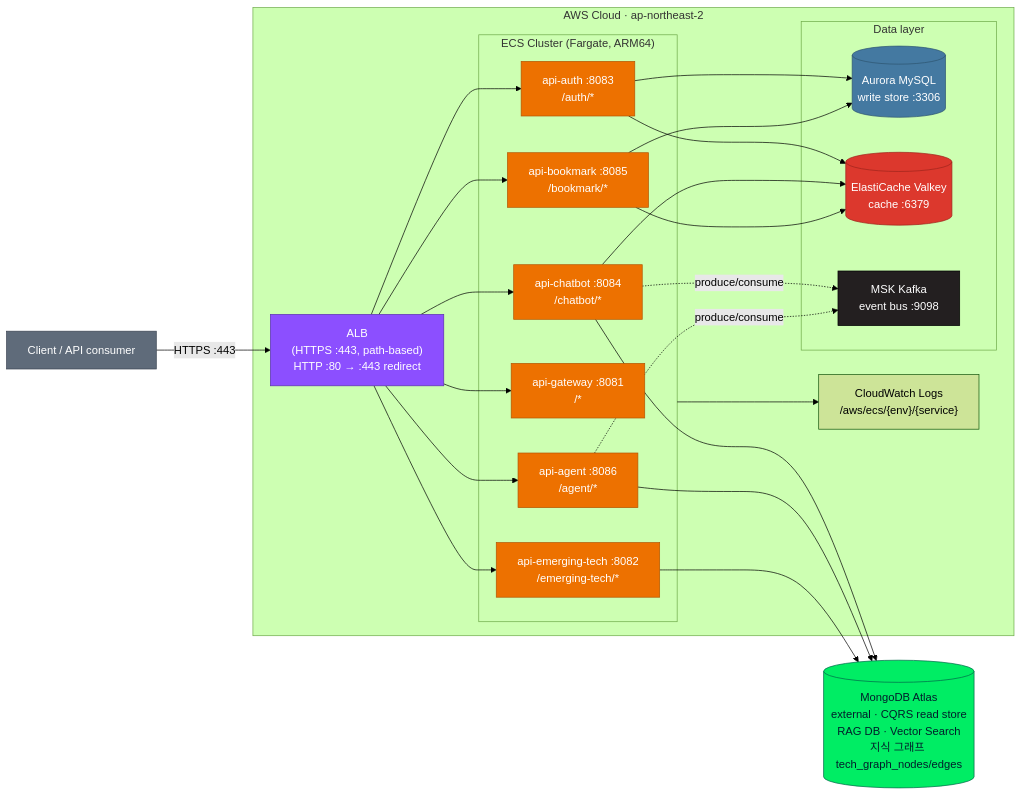
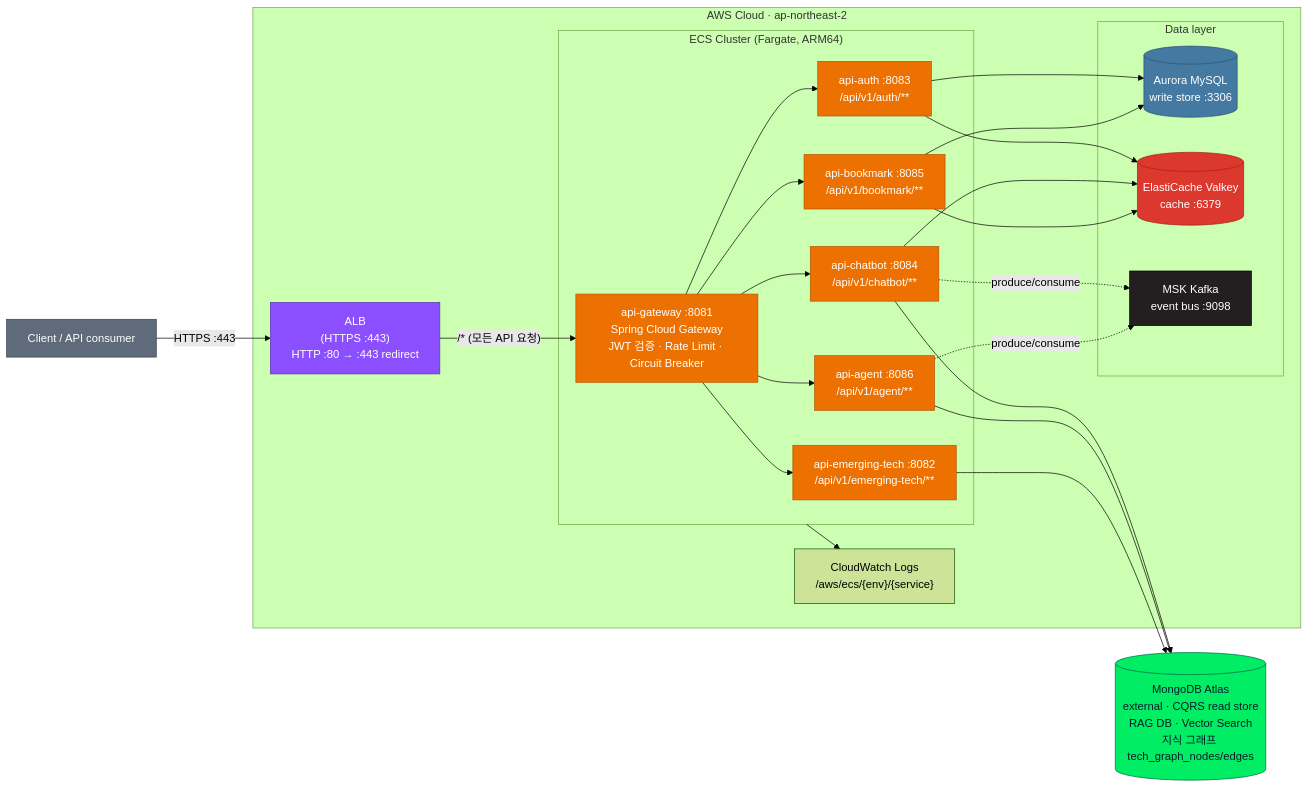
The diagram in README.md (thswlsqls/tech-n-ai-backend), drawn with Mermaid (forest theme) before and after one commit. The commit also changed other lines of this file and 1 other file, not shown here.

Commit message:
docs : [main] 아키텍처 다이어그램을 ALB → api-gateway → 서비스 흐름으로 고친다
README 서두와 다이어그램이 요청 흐름을 서로 다르게 설명하고 있었다.
글은 외부 요청이 API Gateway를 거친다고 했지만, 그림은 ALB가 서비스 6개로
직접 나눠 보내는 것처럼 그려져 있었다.

실제 서비스 주소는 /api/v1/ 로 시작해서 ALB의 서비스별 규칙(/auth/* 등)에
맞지 않는다. 그래서 API 요청은 모두 /* 규칙으로 api-gateway에 들어간다.
그림을 이 흐름대로 고치고, 서비스 라벨을 실제 경로로 바꿨다. 서두 문장에는
api-gateway 모듈 이름을 적었다.

게이트웨이에서 서비스로 가는 연결은 현재 Terraform으로는 AWS에서 아직
동작하지 않는다. 서비스 주소를 찾는 설정과 보안 그룹 규칙이 없고, 라우트
포트(8080)도 실제 포트와 다르다. GitHub 화면에 보이지 않는 mermaid 주석이
아니라 본문에 이 사실을 적었다. README가 원본으로 가리키는
devops/aws/mermaid/architecture.md도 같은 내용으로 맞췄다.

````diff
--- a/README.md
+++ b/README.md
@@ -96,67 +98,70 @@
 ```mermaid
 flowchart LR
     client["Client / API consumer"]
 
     subgraph aws["AWS Cloud · ap-northeast-2"]
-        alb["ALB<br/>(HTTPS :443, path-based)<br/>HTTP :80 → :443 redirect"]
+        alb["ALB<br/>(HTTPS :443)<br/>HTTP :80 → :443 redirect"]
 
         subgraph ecs["ECS Cluster (Fargate, ARM64)"]
-            gw["api-gateway :8081<br/>/*"]
-            auth["api-auth :8083<br/>/auth/*"]
-            et["api-emerging-tech :8082<br/>/emerging-tech/*"]
-            chat["api-chatbot :8084<br/>/chatbot/*"]
-            book["api-bookmark :8085<br/>/bookmark/*"]
-            agent["api-agent :8086<br/>/agent/*"]
+            gw["api-gateway :8081<br/>Spring Cloud Gateway<br/>JWT 검증 · Rate Limit · Circuit Breaker"]
+            auth["api-auth :8083<br/>/api/v1/auth/**"]
+            et["api-emerging-tech :8082<br/>/api/v1/emerging-tech/**"]
+            chat["api-chatbot :8084<br/>/api/v1/chatbot/**"]
+            book["api-bookmark :8085<br/>/api/v1/bookmark/**"]
+            agent["api-agent :8086<br/>/api/v1/agent/**"]
         end
 
         subgraph data["Data layer"]
             aurora[("Aurora MySQL<br/>write store :3306")]
             valkey[("ElastiCache Valkey<br/>cache :6379")]
             msk["MSK Kafka<br/>event bus :9098"]
         end
 
         logs["CloudWatch Logs<br/>/aws/ecs/{env}/{service}"]
     end
 
     mongo[("MongoDB Atlas<br/>external · CQRS read store<br/>RAG DB · Vector Search<br/>지식 그래프 tech_graph_nodes/edges")]
 
     client -->|HTTPS :443| alb
-    alb --> gw & auth & et & chat & book & agent
+    alb -->|"/* (모든 API 요청)"| gw
+    gw --> auth & et & chat & book & agent
 
     auth --> aurora
     book --> aurora
     auth --> valkey
     chat --> valkey
     book --> valkey
 
     chat -.->|produce/consume| msk
     agent -.->|produce/consume| msk
 
     chat --> mongo
     agent --> mongo
     et --> mongo
 
     ecs --> logs
 
+    %% ALB 경로 규칙: /auth/*·/chatbot/* 같은 서비스별 규칙도 Terraform에 있지만, 실제 API 주소는 /api/v1/ 로 시작해서 이 규칙들과 맞지 않는다. 그래서 API 요청은 모두 /* 규칙(우선순위 1000)으로 api-gateway에 들어간다.
+    %% gw → 서비스 화살표는 설계 의도(api-gateway 라우트 설정)이고 AWS에서는 아직 동작하지 않는다. 게이트웨이가 서비스 주소를 찾는 설정(Service Connect/Cloud Map), gw → 서비스 보안 그룹 규칙이 없고, 라우트 대상 포트(8080)도 실제 포트(8082~8086)와 다르다. 게이트웨이 Rate Limit이 쓰는 Valkey도 접근 허용과 REDIS_HOST 설정이 없어 gw → valkey 선은 그리지 않았다.
     %% 환경 차이: dev 에는 MSK 노드와 점선 연결이 없음. beta=MSK Serverless, prod=MSK Provisioned(3 broker).
     %% ALB 프로토콜: prod=HTTPS 443(+80 리다이렉트), dev/beta=HTTP 80. 위 그림은 prod 기준.
     %% 프런트(Amplify/CloudFront)는 모듈만 있고 미배포 → 진입점은 ALB 뿐.
     %% 배치(batch-source·batch-eval·batch-graph)는 ECS 서비스로 배포되지 않는다(facts §3). batch-graph가 만든 지식 그래프만 Atlas에 남아 api-chatbot이 읽는다.
 
     %% 색상: 공식 브랜드·AWS 카테고리 색으로 계층을 한눈에 구분
     classDef cons fill:#5F6B7A,stroke:#3B4453,color:#fff
     classDef lb fill:#8C4FFF,stroke:#5B2FB0,color:#fff
     classDef svc fill:#ED7100,stroke:#B35600,color:#fff
     classDef rdb fill:#4479A1,stroke:#2D5570,color:#fff
     classDef cache fill:#DC382D,stroke:#9E241C,color:#fff
     classDef bus fill:#231F20,stroke:#000000,color:#fff
     classDef mongodb fill:#00ED64,stroke:#00684A,color:#001E2B
 
     class client cons
     class alb lb
     class gw,auth,et,chat,book,agent svc
     class aurora rdb
     class valkey cache
     class msk bus
     class mongo mongodb
 ```
````
